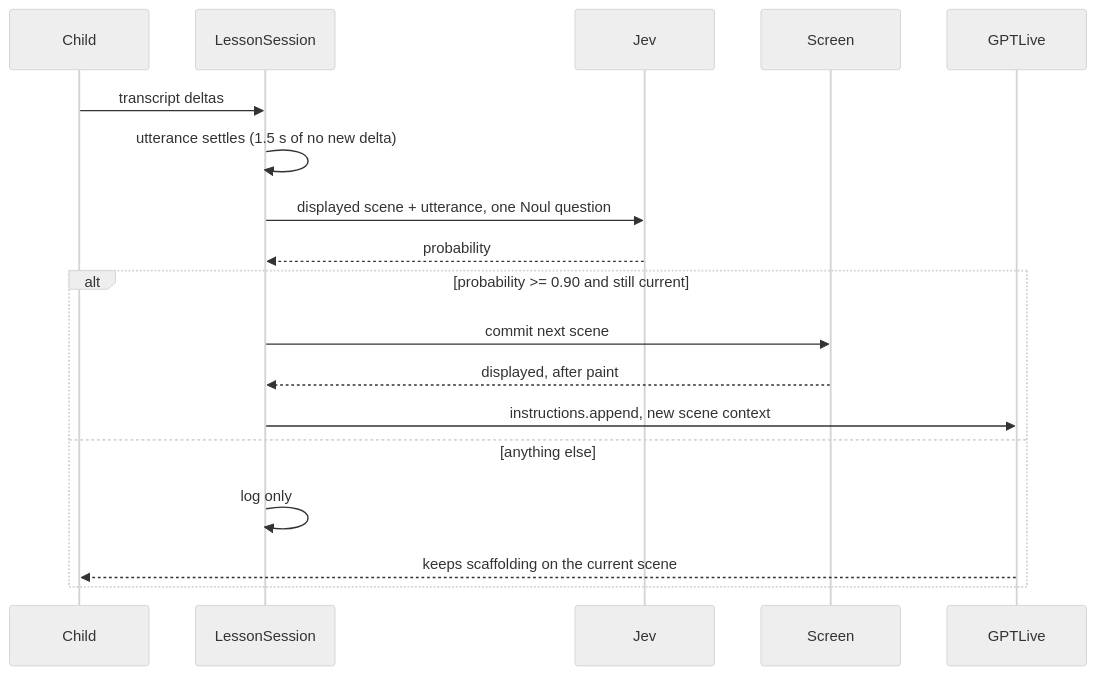
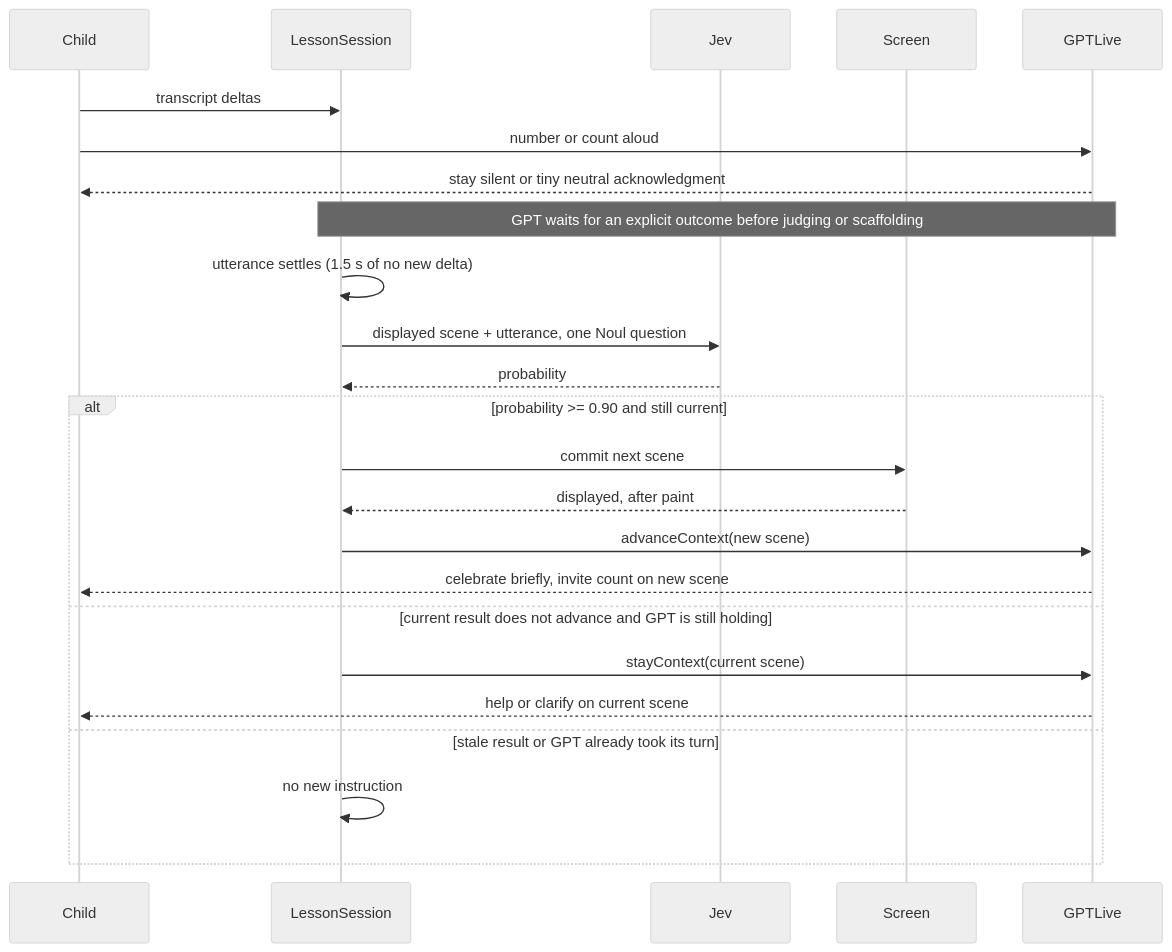
Before and after one commit to hurley87/sprout: the diagram in docs/jev-answer-experiment.md, drawn with Mermaid (neutral theme). The commit also changed other lines of this file, not shown here.

Commit message:
docs: validate Jev answer-turn synchronization

````diff
--- a/docs/jev-answer-experiment.md
+++ b/docs/jev-answer-experiment.md
@@ -23,20 +23,26 @@
 ```mermaid
 sequenceDiagram
     participant Child
     participant App as LessonSession
     participant Jev
     participant Screen
     participant GPT as GPTLive
     Child->>App: transcript deltas
+    Child->>GPT: number or count aloud
+    GPT-->>Child: stay silent or tiny neutral acknowledgment
+    Note over GPT,App: GPT waits for an explicit outcome before judging or scaffolding
     App->>App: utterance settles (1.5 s of no new delta)
     App->>Jev: displayed scene + utterance, one Noul question
     Jev-->>App: probability
     alt probability >= 0.90 and still current
         App->>Screen: commit next scene
         Screen-->>App: displayed, after paint
-        App->>GPT: instructions.append, new scene context
-    else anything else
-        App->>App: log only
-        GPT-->>Child: keeps scaffolding on the current scene
+        App->>GPT: advanceContext(new scene)
+        GPT-->>Child: celebrate briefly, invite count on new scene
+    else current result does not advance and GPT is still holding
+        App->>GPT: stayContext(current scene)
+        GPT-->>Child: help or clarify on current scene
+    else stale result or GPT already took its turn
+        App->>App: no new instruction
     end
 ```
````
